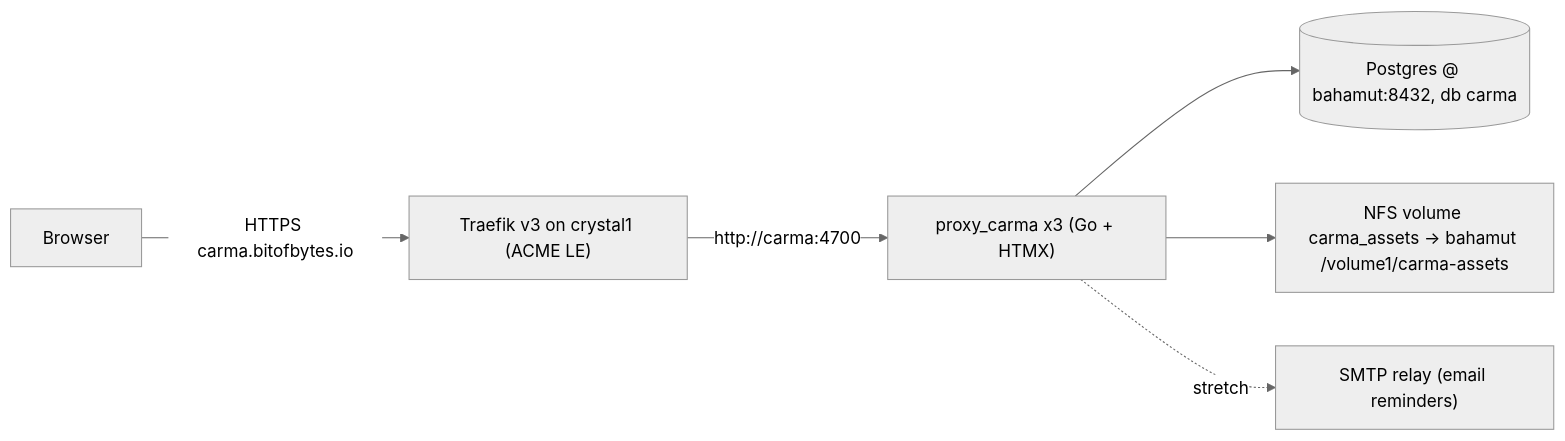
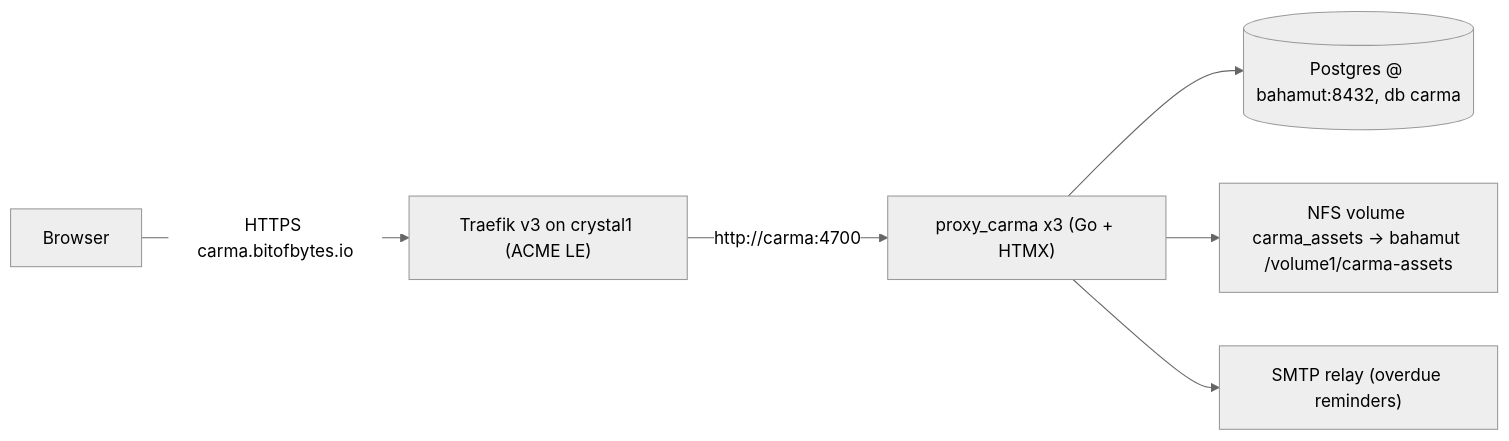
Before and after one commit to bitofbytes-io/carma: the first of 3 diagrams in docs/ARCHITECTURE.md, drawn with Mermaid (neutral theme). The commit also changed other lines of this file and 23 other files, not shown here.

Commit message:
Add overdue email reminders

````diff
--- a/docs/ARCHITECTURE.md
+++ b/docs/ARCHITECTURE.md
@@ -32,8 +32,8 @@
 ```mermaid
 flowchart LR
   Browser -->|"HTTPS carma.bitofbytes.io"| Traefik["Traefik v3 on crystal1 (ACME LE)"]
   Traefik -->|"http://carma:4700"| App["proxy_carma x3 (Go + HTMX)"]
   App --> PG[("Postgres @ bahamut:8432, db carma")]
   App --> NFS["NFS volume carma_assets -> bahamut /volume1/carma-assets"]
-  App -.->|stretch| SMTP["SMTP relay (email reminders)"]
+  App --> SMTP["SMTP relay (overdue reminders)"]
 ```
````
